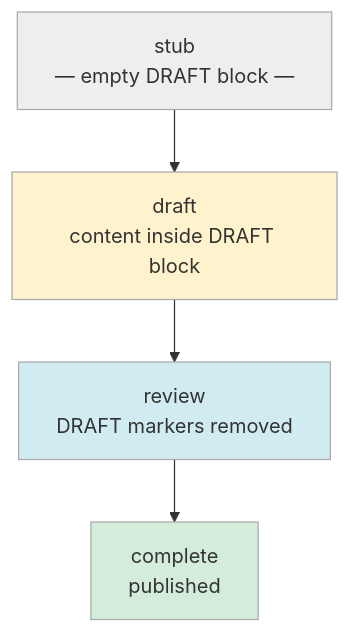
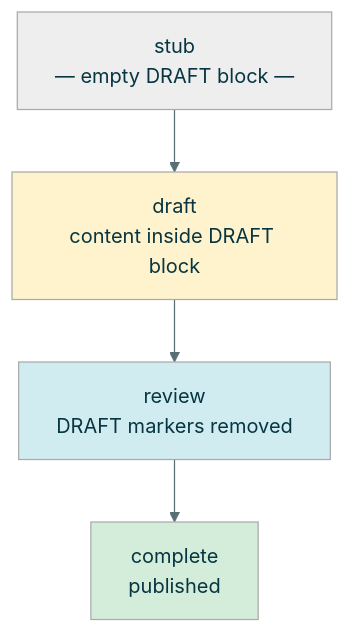
One commit to rpapub/ConFormMold changed diagram 11 of 12 in docs/wiki/Mermaid-Diagrams.md. Above: the diagram before and after it, drawn with Mermaid. The commit also changed other lines of this file, not shown here.

First line of the commit message:
docs: apply Solarized light theme to all Mermaid diagrams in wiki

````diff
--- a/docs/wiki/Mermaid-Diagrams.md
+++ b/docs/wiki/Mermaid-Diagrams.md
@@ -225,14 +245,16 @@
 ```mermaid
+
+%%{init: {'theme': 'base', 'themeVariables': {'primaryColor': '#eee8d5', 'primaryTextColor': '#073642', 'primaryBorderColor': '#93a1a1', 'lineColor': '#586e75', 'edgeLabelBackground': '#fdf6e3', 'secondaryColor': '#fdf6e3', 'tertiaryColor': '#eee8d5'}}}%%
 flowchart TD
     S["stub\n— empty DRAFT block —"]
     D["draft\ncontent inside DRAFT block"]
     R["review\nDRAFT markers removed"]
     C["complete\npublished"]
 
     S --> D --> R --> C
 
     style S fill:#eeeeee,stroke:#aaa
     style D fill:#fff3cd,stroke:#aaa
     style R fill:#d1ecf1,stroke:#aaa
     style C fill:#d4edda,stroke:#aaa
 ```
````
